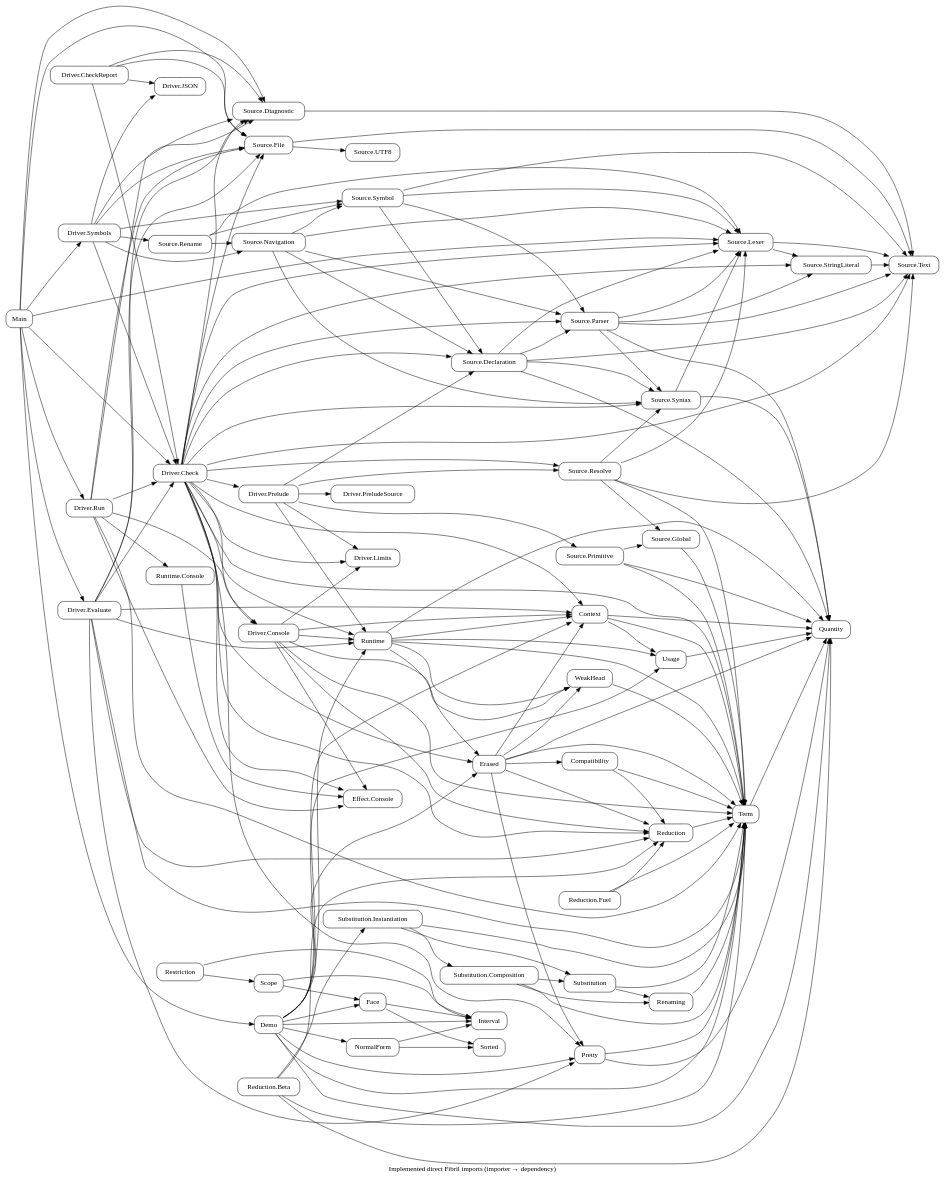
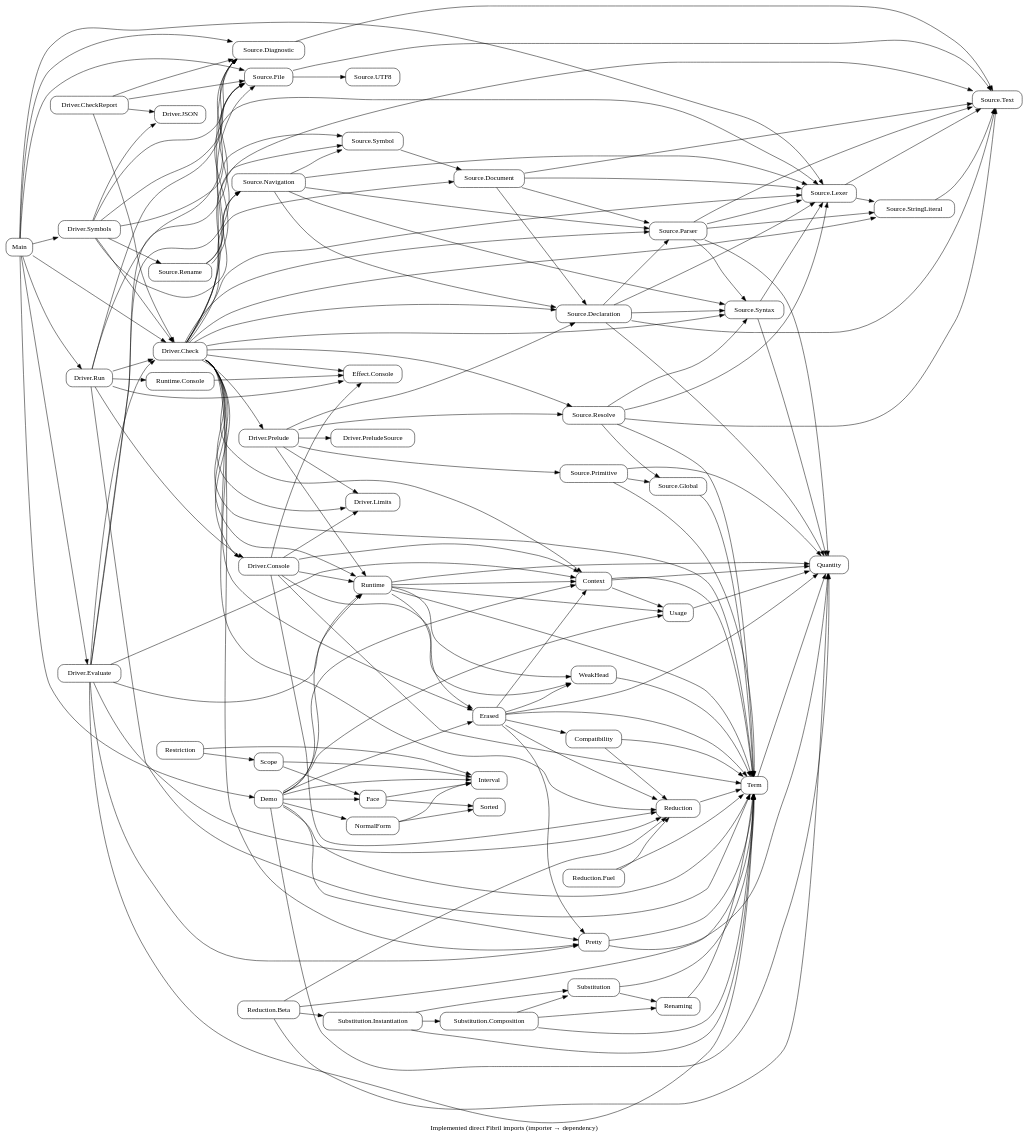
One commit to odunboye/fibril changed the diagram in docs/diagrams/modules.dot. Above: the diagram before and after it, drawn with Graphviz. The commit also changed 24 other files, not shown here.

```diff
--- a/docs/diagrams/modules.dot
+++ b/docs/diagrams/modules.dot
@@ -1,47 +1,49 @@
 digraph Modules {
 rankdir=LR; node [shape=box,style=rounded];
 "Source.File" -> {"Source.UTF8" "Source.Text"};
 Main -> {"Source.File" "Source.Lexer" "Source.Diagnostic"};
 "Source.Diagnostic" -> "Source.Text";
 "Source.Declaration" -> {Quantity "Source.Text" "Source.Lexer" "Source.Syntax" "Source.Parser"};
 "Source.Lexer" -> {"Source.Text" "Source.StringLiteral"};
 "Source.StringLiteral" -> "Source.Text";
 "Driver.Console" -> {Context Term Runtime Reduction WeakHead "Effect.Console" "Driver.Limits"};
 "Runtime.Console" -> "Effect.Console";
 "Driver.Run" -> {Term "Source.File" "Source.Diagnostic" "Effect.Console" "Runtime.Console" "Driver.Check" "Driver.Console"};
 "Source.Syntax" -> {Quantity "Source.Lexer"};
 "Source.Parser" -> {Quantity "Source.Text" "Source.Lexer" "Source.Syntax" "Source.StringLiteral"};
 "Source.Resolve" -> {Term "Source.Text" "Source.Lexer" "Source.Syntax" "Source.Global"};
 "Driver.Check" -> {"Source.Text" "Source.Lexer" "Source.Syntax" "Source.Parser" "Source.Declaration" "Source.StringLiteral" "Source.Resolve" "Source.File" "Source.Diagnostic" Term Context Pretty Erased Runtime "Driver.Console" "Effect.Console"};
 "Driver.Prelude" -> {Runtime "Source.Declaration" "Source.Resolve" "Source.Primitive" "Driver.PreludeSource" "Driver.Limits"};
 "Source.Primitive" -> {"Source.Global" Term Quantity};
 "Source.Global" -> Term;
 "Driver.Check" -> {"Driver.Prelude" "Driver.Limits" Reduction};
 "Source.Rename" -> {"Source.Navigation" "Source.Symbol" "Source.Lexer"};
 "Driver.Symbols" -> {"Source.Rename" "Driver.JSON"};
 "Driver.CheckReport" -> {"Driver.Check" "Driver.JSON" "Source.File" "Source.Diagnostic"};
 "Source.Navigation" -> {"Source.Symbol" "Source.Declaration" "Source.Parser" "Source.Lexer" "Source.Syntax"};
 "Driver.Symbols" -> "Source.Navigation";
-"Source.Symbol" -> {"Source.Declaration" "Source.Parser" "Source.Lexer" "Source.Text"};
+"Source.Document" -> {"Source.Declaration" "Source.Parser" "Source.Lexer" "Source.Text"};
+"Source.Symbol" -> "Source.Document";
+"Driver.Check" -> "Source.Document";
 "Driver.Symbols" -> {"Source.Symbol" "Driver.Check" "Source.File" "Source.Diagnostic"};
 Main -> {"Driver.Symbols" "Driver.Check" "Driver.Evaluate" "Driver.Run"};
 "Driver.Evaluate" -> {Context Term Pretty Reduction Runtime "Source.File" "Source.Diagnostic" "Driver.Check"};
 Quantity; Interval; NormalForm; Face; Scope; Restriction; Term;
 NormalForm -> {Interval Sorted}; Face -> {Interval Sorted};
 Scope -> {Interval Face}; Restriction -> {Interval Scope};
 Demo -> {Quantity Term Context Usage Pretty Erased Runtime Interval NormalForm Face};
 Main -> Demo;
 Pretty -> {Quantity Term};
 Term -> Quantity; Usage -> Quantity; Context -> {Quantity Term Usage};
 Reduction -> Term; WeakHead -> Term;
 Compatibility -> {Term Reduction};
 Renaming -> Term;
 Substitution -> {Term Renaming};
 "Substitution.Composition" -> {Term Renaming Substitution};
 "Substitution.Instantiation" -> {Term Substitution "Substitution.Composition"};
 "Reduction.Beta" -> {Quantity Term Reduction "Substitution.Instantiation"};
 "Reduction.Fuel" -> {Term Reduction};
 Erased -> {Quantity Term Pretty Context Compatibility WeakHead Reduction};
 Runtime -> {Quantity Term Context Usage WeakHead Erased};
 label="Implemented direct Fibril imports (importer → dependency)";
 }
```
